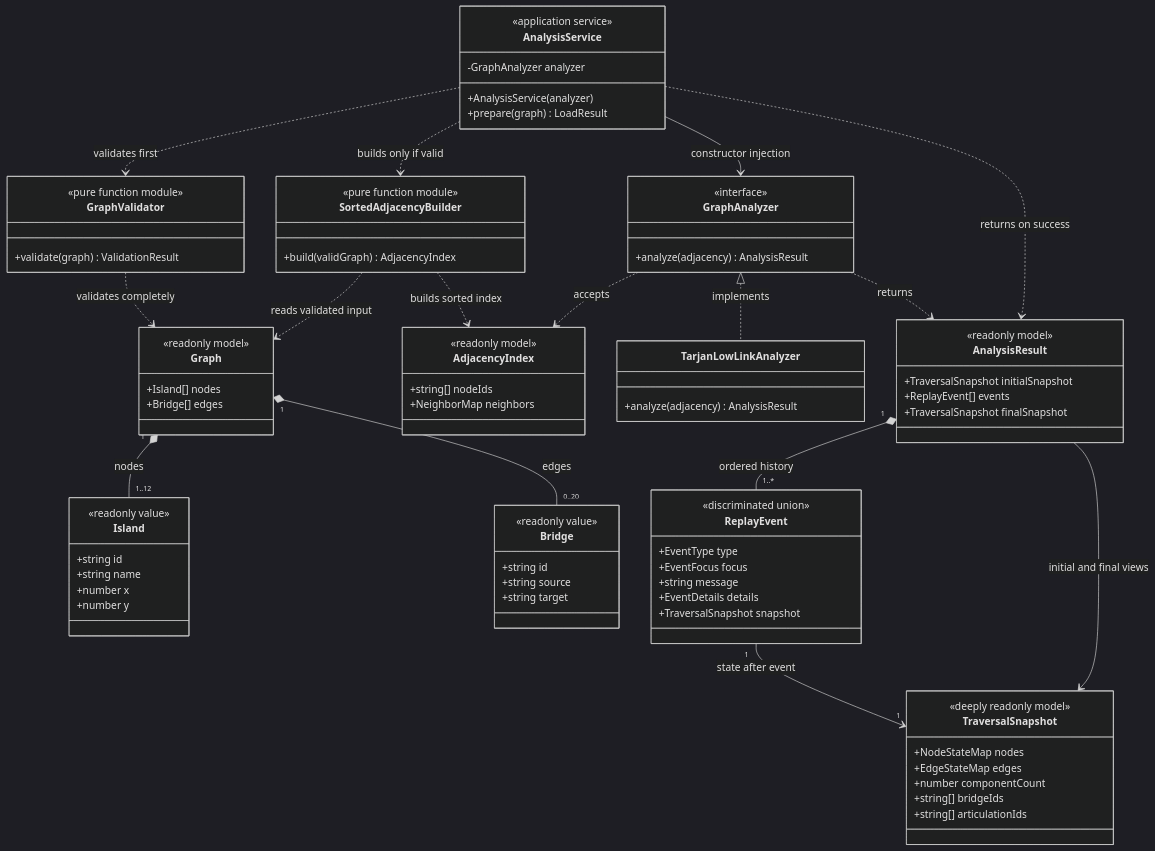
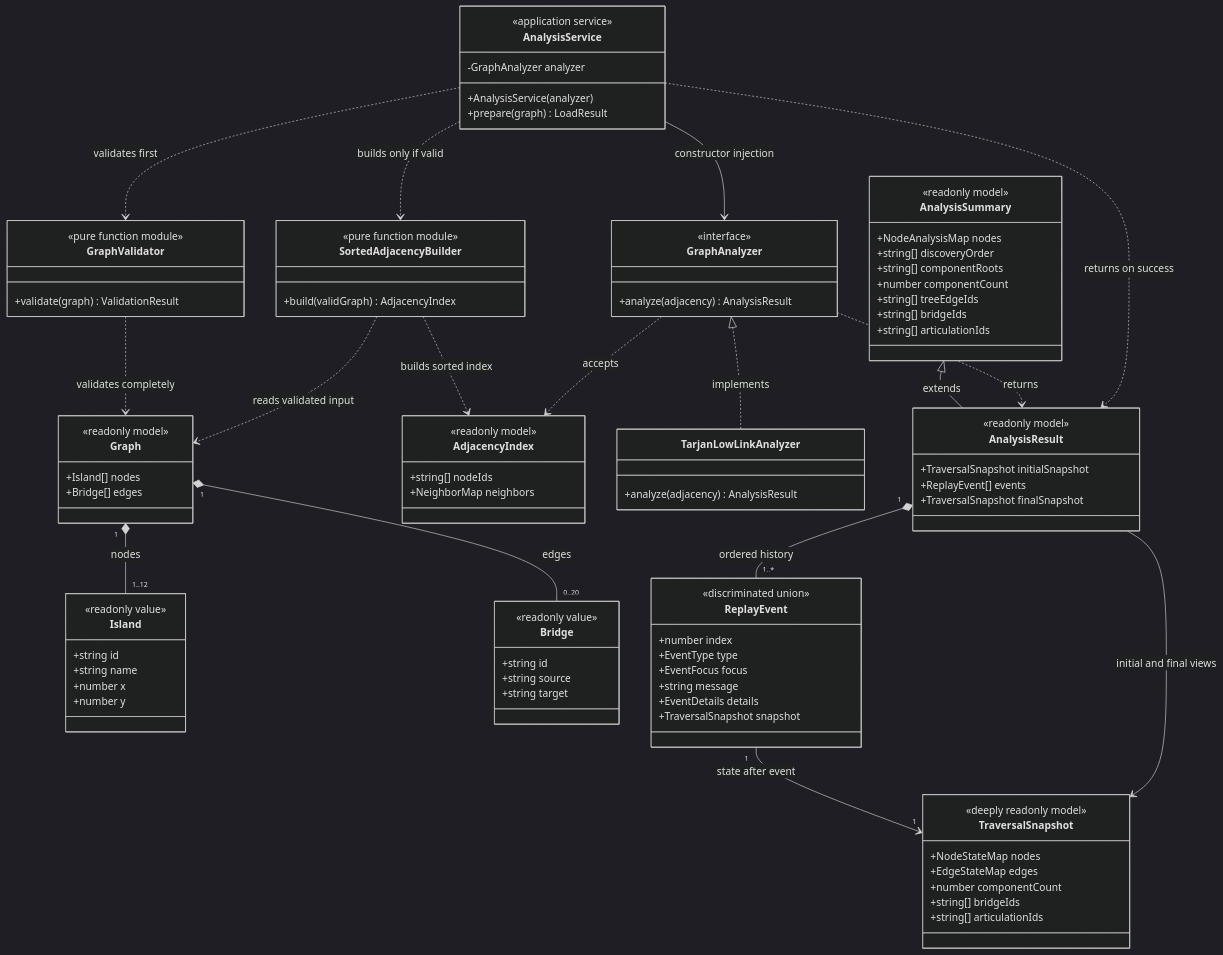
Before and after one commit to sonisiiuu7/treasure-island-map: the diagram in docs/diagrams/class-domain.mmd, drawn with Mermaid (dark theme). The commit also changed 21 other files, not shown here.

```diff
--- a/docs/diagrams/class-domain.mmd
+++ b/docs/diagrams/class-domain.mmd
@@ -1,85 +1,97 @@
 classDiagram
     direction TB
 
     class Island {
         <<readonly value>>
         +string id
         +string name
         +number x
         +number y
     }
     class Bridge {
         <<readonly value>>
         +string id
         +string source
         +string target
     }
     class Graph {
         <<readonly model>>
         +Island[] nodes
         +Bridge[] edges
     }
     class GraphValidator {
         <<pure function module>>
         +validate(graph) ValidationResult
     }
     class SortedAdjacencyBuilder {
         <<pure function module>>
         +build(validGraph) AdjacencyIndex
     }
     class AdjacencyIndex {
         <<readonly model>>
         +string[] nodeIds
         +NeighborMap neighbors
     }
     class GraphAnalyzer {
         <<interface>>
         +analyze(adjacency) AnalysisResult
     }
     class TarjanLowLinkAnalyzer {
         +analyze(adjacency) AnalysisResult
     }
     class AnalysisService {
         <<application service>>
         -GraphAnalyzer analyzer
         +AnalysisService(analyzer)
         +prepare(graph) LoadResult
     }
+    class AnalysisSummary {
+        <<readonly model>>
+        +NodeAnalysisMap nodes
+        +string[] discoveryOrder
+        +string[] componentRoots
+        +number componentCount
+        +string[] treeEdgeIds
+        +string[] bridgeIds
+        +string[] articulationIds
+    }
     class AnalysisResult {
         <<readonly model>>
         +TraversalSnapshot initialSnapshot
         +ReplayEvent[] events
         +TraversalSnapshot finalSnapshot
     }
     class ReplayEvent {
         <<discriminated union>>
+        +number index
         +EventType type
         +EventFocus focus
         +string message
         +EventDetails details
         +TraversalSnapshot snapshot
     }
     class TraversalSnapshot {
         <<deeply readonly model>>
         +NodeStateMap nodes
         +EdgeStateMap edges
         +number componentCount
         +string[] bridgeIds
         +string[] articulationIds
     }
 
     Graph "1" *-- "1..12" Island : nodes
     Graph "1" *-- "0..20" Bridge : edges
     GraphValidator ..> Graph : validates completely
     SortedAdjacencyBuilder ..> Graph : reads validated input
     SortedAdjacencyBuilder ..> AdjacencyIndex : builds sorted index
     GraphAnalyzer <|.. TarjanLowLinkAnalyzer : implements
+    AnalysisSummary <|-- AnalysisResult : extends
     GraphAnalyzer ..> AdjacencyIndex : accepts
     GraphAnalyzer ..> AnalysisResult : returns
     AnalysisService --> GraphAnalyzer : constructor injection
     AnalysisService ..> GraphValidator : validates first
     AnalysisService ..> SortedAdjacencyBuilder : builds only if valid
     AnalysisService ..> AnalysisResult : returns on success
     AnalysisResult "1" *-- "1..*" ReplayEvent : ordered history
     ReplayEvent "1" --> "1" TraversalSnapshot : state after event
     AnalysisResult --> TraversalSnapshot : initial and final views
```
